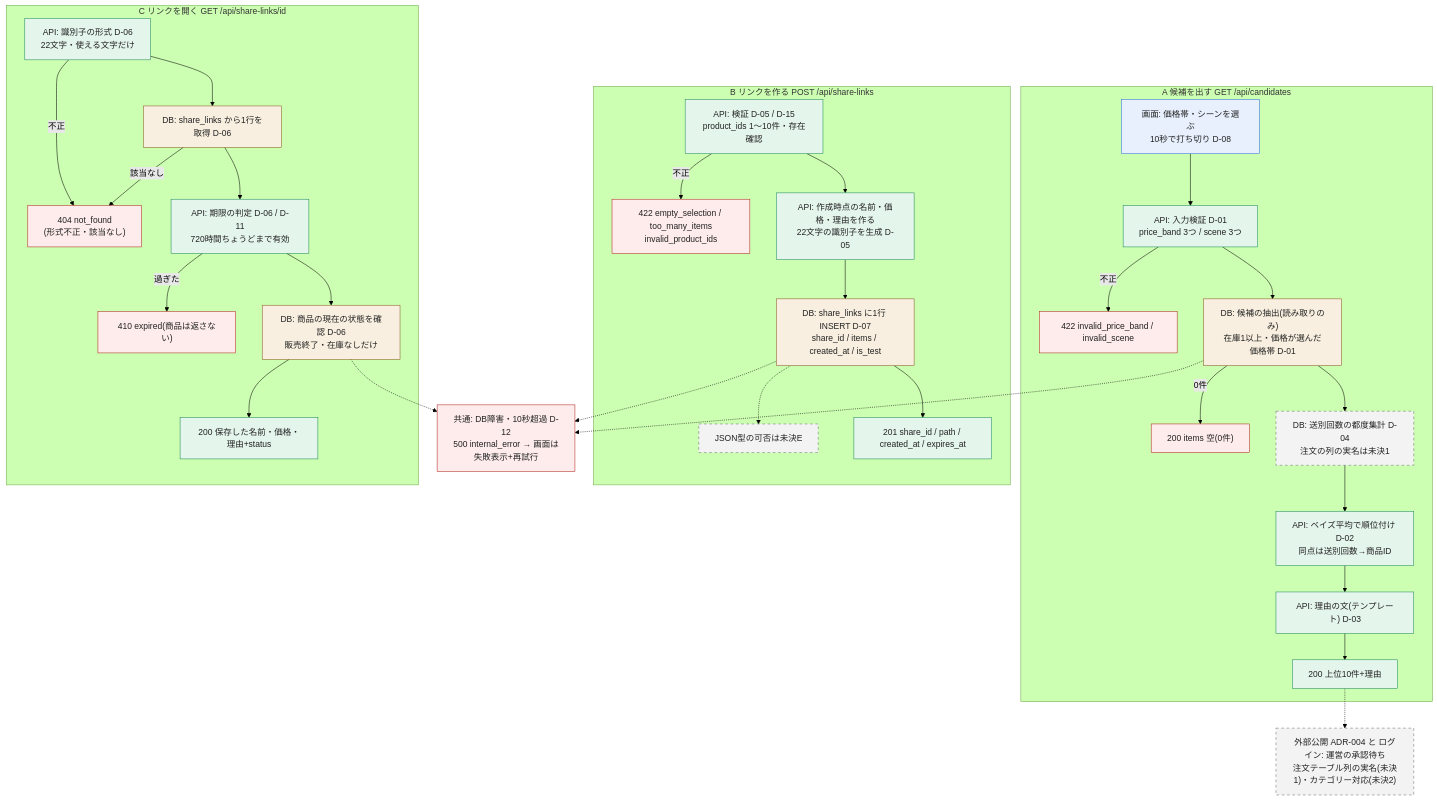
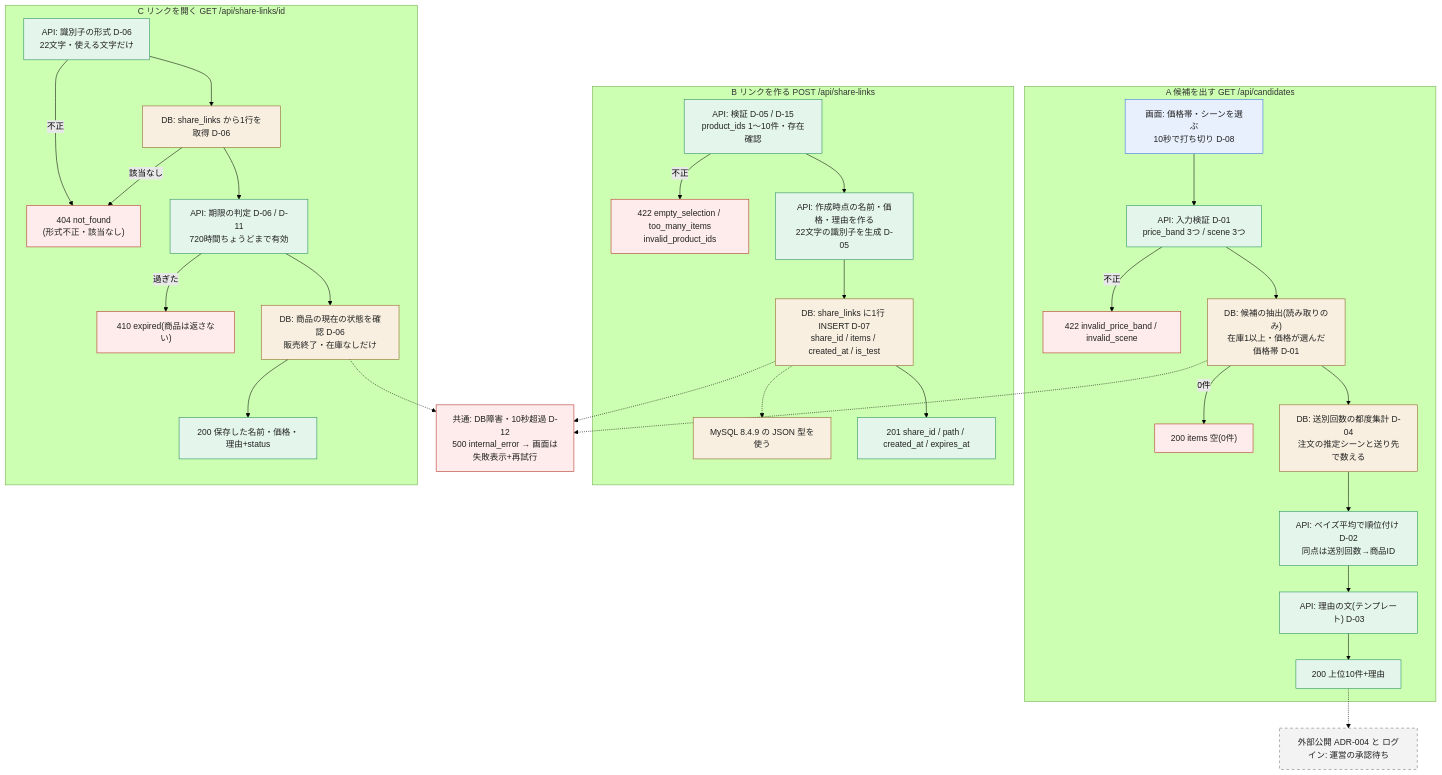
Before and after one commit to Team18-RaizenYomiMukuro-Tech0/model_team18_tech0: the second of 3 diagrams in 02_プロジェクト/giftia-ui-renewal/仕様.md, drawn with Mermaid (forest theme). The commit also changed other lines of this file and 14 other files, not shown here.

````diff
--- a/02_プロジェクト/giftia-ui-renewal/仕様.md
+++ b/02_プロジェクト/giftia-ui-renewal/仕様.md
@@ -128,60 +129,60 @@
 ```mermaid
 flowchart TB
   classDef ui fill:#e8f0fd,stroke:#2f6fdb,color:#222
   classDef api fill:#e4f5ec,stroke:#1f8a5b,color:#222
   classDef db fill:#f8efe0,stroke:#8a5a1f,color:#222
   classDef err fill:#fdeceb,stroke:#b3261e,color:#222
   classDef pend stroke-dasharray: 5 5,stroke:#6b6f76,fill:#f3f3f3,color:#222
 
   subgraph A["A 候補を出す GET /api/candidates"]
     A1["画面: 価格帯・シーンを選ぶ<br/>10秒で打ち切り D-08"]:::ui
     A2["API: 入力検証 D-01<br/>price_band 3つ / scene 3つ"]:::api
     A2e["422 invalid_price_band / invalid_scene"]:::err
     A3["DB: 候補の抽出(読み取りのみ)<br/>在庫1以上・価格が選んだ価格帯 D-01"]:::db
     A3z["200 items 空(0件)"]:::err
-    A4["DB: 送別回数の都度集計 D-04<br/>注文の列の実名は未決1"]:::pend
+    A4["DB: 送別回数の都度集計 D-04<br/>注文の推定シーンと送り先で数える"]:::db
     A5["API: ベイズ平均で順位付け D-02<br/>同点は送別回数→商品ID"]:::api
     A6["API: 理由の文(テンプレート) D-03"]:::api
     A7["200 上位10件+理由"]:::api
     A1 --> A2
     A2 -- 不正 --> A2e
     A2 --> A3
     A3 -- 0件 --> A3z
     A3 --> A4 --> A5 --> A6 --> A7
   end
 
   subgraph B["B リンクを作る POST /api/share-links"]
     B1["API: 検証 D-05 / D-15<br/>product_ids 1〜10件・存在確認"]:::api
     B1e["422 empty_selection / too_many_items<br/>invalid_product_ids"]:::err
     B2["API: 作成時点の名前・価格・理由を作る<br/>22文字の識別子を生成 D-05"]:::api
     B3["DB: share_links に1行 INSERT D-07<br/>share_id / items / created_at / is_test"]:::db
-    B3p["JSON型の可否は未決E"]:::pend
+    B3p["MySQL 8.4.9 の JSON 型を使う"]:::db
     B4["201 share_id / path / created_at / expires_at"]:::api
     B1 -- 不正 --> B1e
     B1 --> B2 --> B3 --> B4
     B3 -.-> B3p
   end
 
   subgraph C["C リンクを開く GET /api/share-links/id"]
     C0["API: 識別子の形式 D-06<br/>22文字・使える文字だけ"]:::api
     C1["DB: share_links から1行を取得 D-06"]:::db
     C1e["404 not_found<br/>(形式不正・該当なし)"]:::err
     C2["API: 期限の判定 D-06 / D-11<br/>720時間ちょうどまで有効"]:::api
     C2e["410 expired(商品は返さない)"]:::err
     C3["DB: 商品の現在の状態を確認 D-06<br/>販売終了・在庫なしだけ"]:::db
     C4["200 保存した名前・価格・理由+status"]:::api
     C0 -- 不正 --> C1e
     C0 --> C1
     C1 -- 該当なし --> C1e
     C1 --> C2
     C2 -- 過ぎた --> C2e
     C2 --> C3 --> C4
   end
 
   ERR["共通: DB障害・10秒超過 D-12<br/>500 internal_error → 画面は失敗表示+再試行"]:::err
-  PEND["外部公開 ADR-004 と ログイン: 運営の承認待ち<br/>注文テーブル列の実名(未決1)・カテゴリー対応(未決2)"]:::pend
+  PEND["外部公開 ADR-004 と ログイン: 運営の承認待ち"]:::pend
   A3 -.-> ERR
   B3 -.-> ERR
   C3 -.-> ERR
   A7 -.-> PEND
 ```
````
